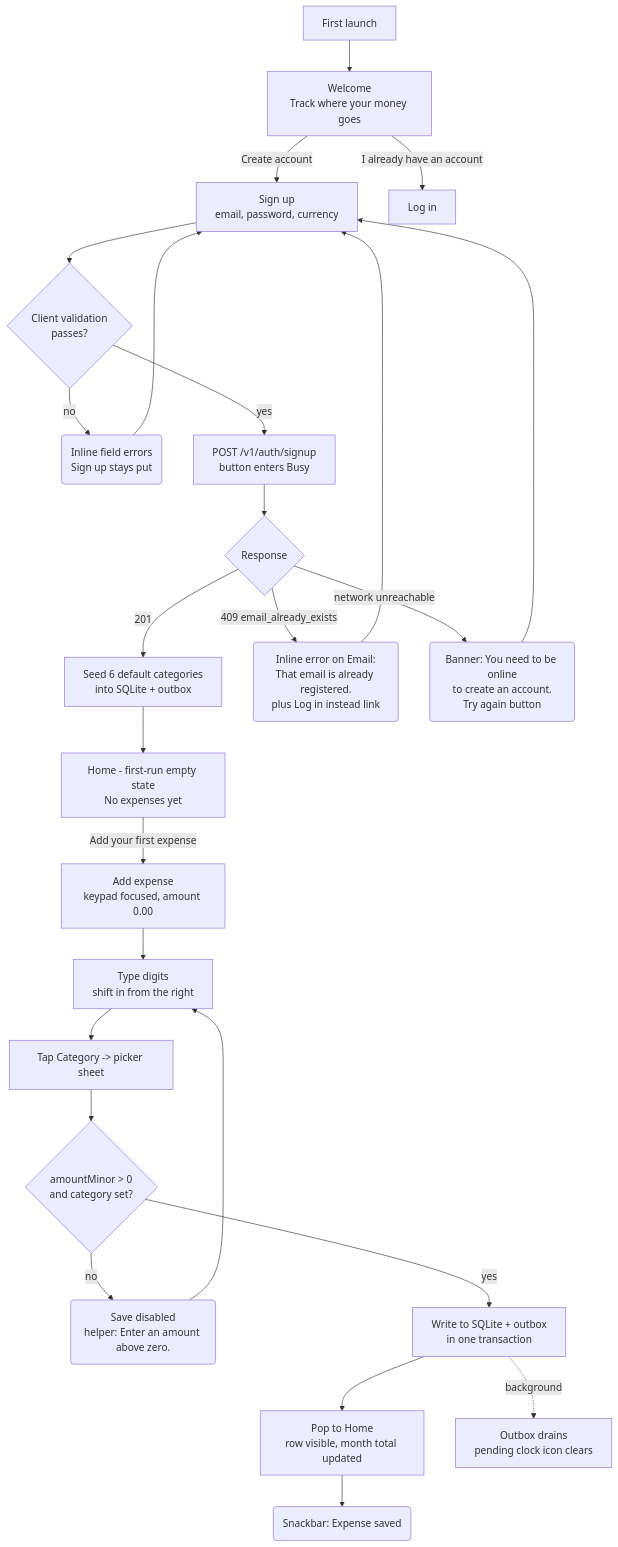
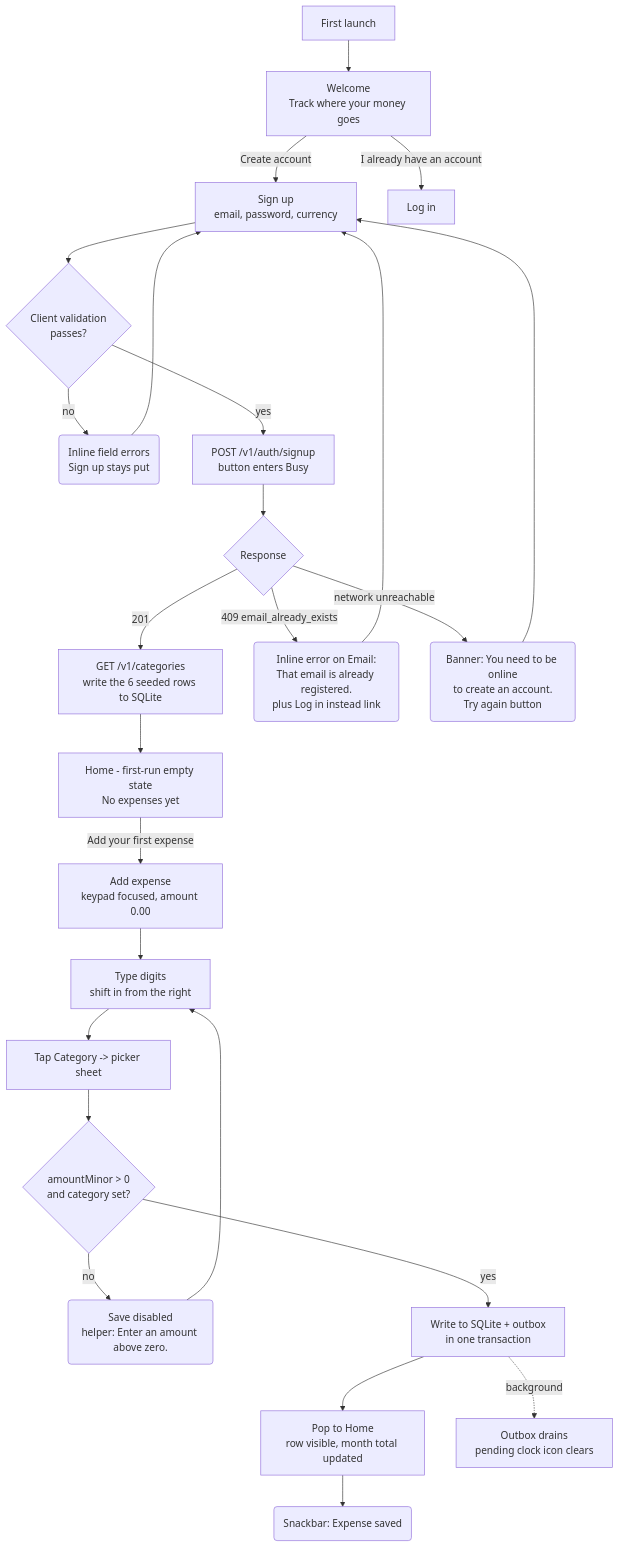
The second of 5 diagrams in docs/design/01-flows.md (TonyVoo/finwisev2), drawn with Mermaid before and after one commit. The commit also changed other lines of this file and 5 other files, not shown here.

````diff
--- a/docs/design/01-flows.md
+++ b/docs/design/01-flows.md
@@ -69,32 +69,32 @@
 ```mermaid
 graph TD
     Launch[First launch] --> Welcome[Welcome<br/>Track where your money goes]
     Welcome -->|Create account| SignUp[Sign up<br/>email, password, currency]
     Welcome -->|I already have an account| LogIn[Log in]
 
     SignUp --> Validate{Client validation<br/>passes?}
     Validate -- no --> SignUpErr(Inline field errors<br/>Sign up stays put)
     SignUpErr --> SignUp
     Validate -- yes --> Post[POST /v1/auth/signup<br/>button enters Busy]
 
     Post --> Result{Response}
-    Result -- 201 --> Seed[Seed 6 default categories<br/>into SQLite + outbox]
+    Result -- 201 --> Seed[GET /v1/categories<br/>write the 6 seeded rows to SQLite]
     Result -- 409 email_already_exists --> Taken(Inline error on Email:<br/>That email is already registered.<br/>plus Log in instead link)
     Result -- network unreachable --> Offline(Banner: You need to be online<br/>to create an account.<br/>Try again button)
     Taken --> SignUp
     Offline --> SignUp
 
     Seed --> HomeEmpty[Home - first-run empty state<br/>No expenses yet]
     HomeEmpty -->|Add your first expense| Form[Add expense<br/>keypad focused, amount 0.00]
 
     Form --> Amount[Type digits<br/>shift in from the right]
     Amount --> Cat[Tap Category -> picker sheet]
     Cat --> Save{amountMinor > 0<br/>and category set?}
     Save -- no --> SaveBlocked(Save disabled<br/>helper: Enter an amount above zero.)
     SaveBlocked --> Amount
     Save -- yes --> Write[Write to SQLite + outbox<br/>in one transaction]
 
     Write --> Back[Pop to Home<br/>row visible, month total updated]
     Back --> Snack(Snackbar: Expense saved)
     Write -.->|background| Sync[Outbox drains<br/>pending clock icon clears]
 ```
````
